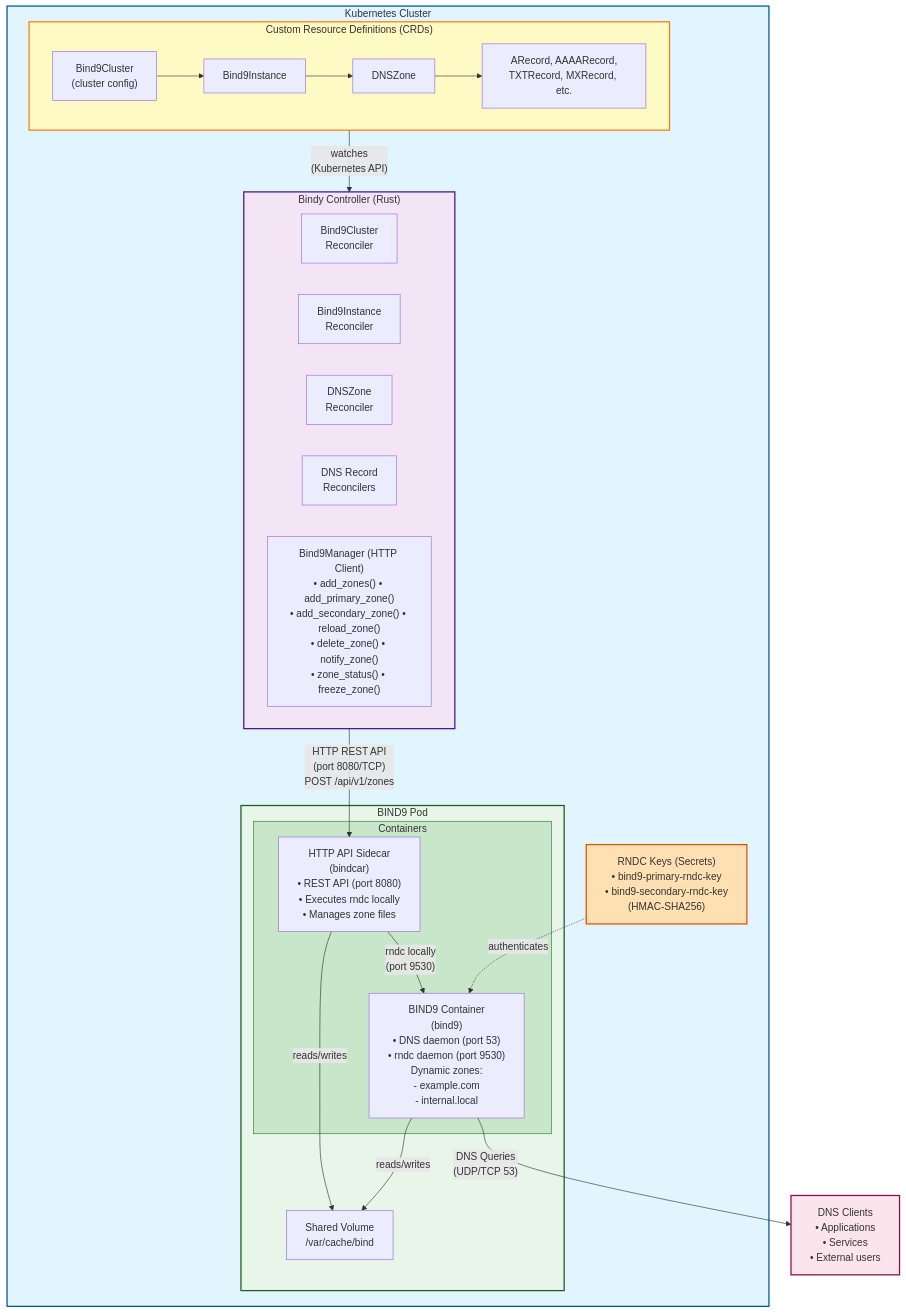
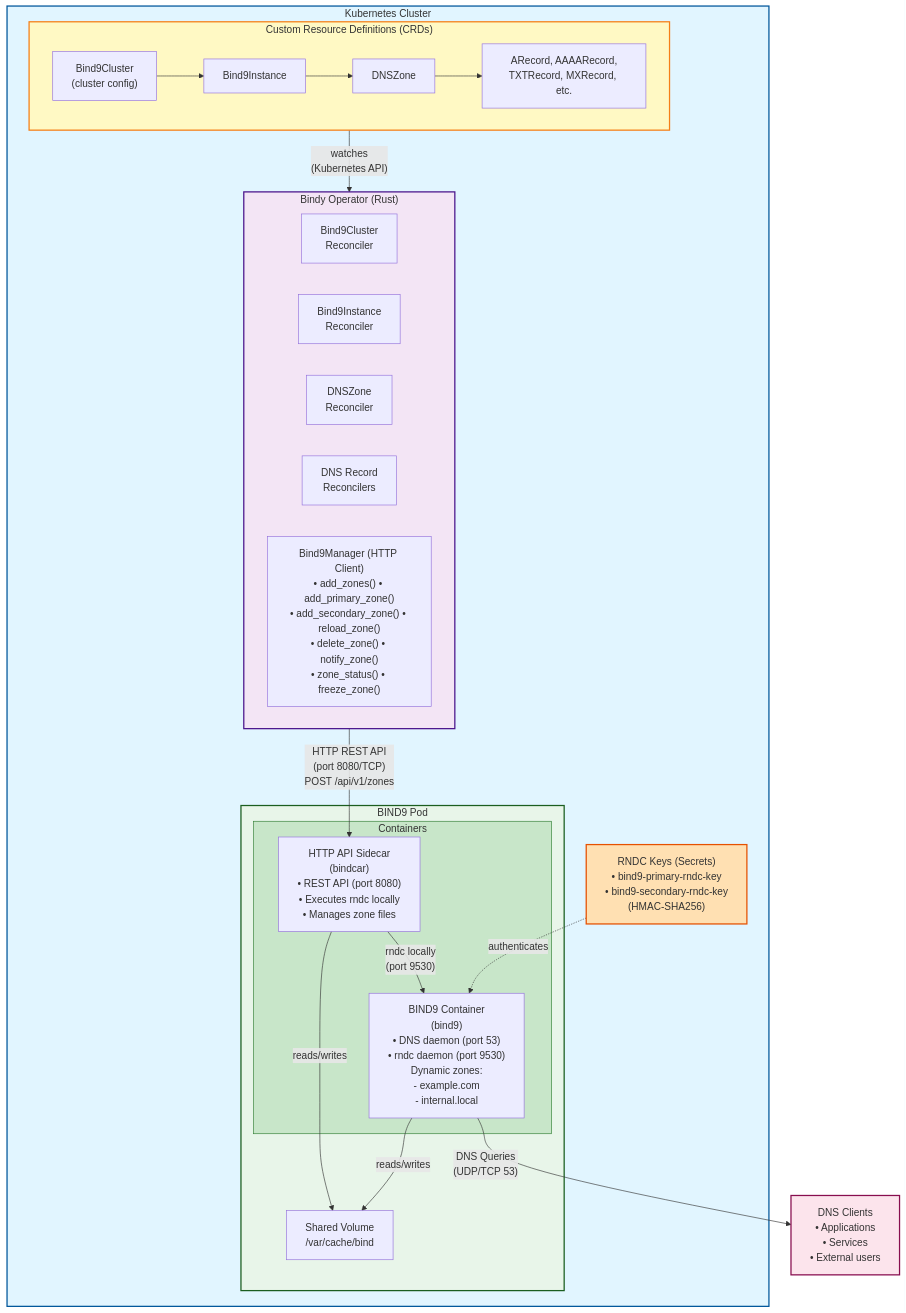
Before and after one commit to firestoned/bindy: the diagram in docs/src/concepts/architecture-http-api.md, drawn with Mermaid. The commit also changed other lines of this file and 150 other files, not shown here.

Commit message:
Change the occurences from controller to operator (#83)

````diff
--- a/docs/src/concepts/architecture-http-api.md
+++ b/docs/src/concepts/architecture-http-api.md
@@ -7,51 +7,51 @@
 ```mermaid
 graph TB
     subgraph k8s["Kubernetes Cluster"]
         subgraph crds["Custom Resource Definitions (CRDs)"]
             cluster["Bind9Cluster<br/>(cluster config)"]
             instance["Bind9Instance"]
             zone["DNSZone"]
             records["ARecord, AAAARecord,<br/>TXTRecord, MXRecord, etc."]
 
             cluster --> instance
             instance --> zone
             zone --> records
         end
 
-        subgraph controller["Bindy Controller (Rust)"]
+        subgraph operator["Bindy Operator (Rust)"]
             rec1["Bind9Cluster<br/>Reconciler"]
             rec2["Bind9Instance<br/>Reconciler"]
             rec3["DNSZone<br/>Reconciler"]
             rec4["DNS Record<br/>Reconcilers"]
             manager["Bind9Manager (HTTP Client)<br/>• add_zones() • add_primary_zone()<br/>• add_secondary_zone() • reload_zone()<br/>• delete_zone() • notify_zone()<br/>• zone_status() • freeze_zone()"]
         end
 
         subgraph bind9pod["BIND9 Pod"]
             subgraph containers["Containers"]
                 bind9["BIND9 Container<br/>(bind9)<br/>• DNS daemon (port 53)<br/>• rndc daemon (port 9530)<br/>Dynamic zones:<br/>- example.com<br/>- internal.local"]
                 api["HTTP API Sidecar<br/>(bindcar)<br/>• REST API (port 8080)<br/>• Executes rndc locally<br/>• Manages zone files"]
             end
             vol["Shared Volume<br/>/var/cache/bind"]
         end
 
         secrets["RNDC Keys (Secrets)<br/>• bind9-primary-rndc-key<br/>• bind9-secondary-rndc-key<br/>(HMAC-SHA256)"]
     end
 
     clients["DNS Clients<br/>• Applications<br/>• Services<br/>• External users"]
 
-    crds -->|"watches<br/>(Kubernetes API)"| controller
-    controller -->|"HTTP REST API<br/>(port 8080/TCP)<br/>POST /api/v1/zones"| api
+    crds -->|"watches<br/>(Kubernetes API)"| operator
+    operator -->|"HTTP REST API<br/>(port 8080/TCP)<br/>POST /api/v1/zones"| api
     api -->|"rndc locally<br/>(port 9530)"| bind9
     api -->|"reads/writes"| vol
     bind9 -->|"reads/writes"| vol
     bind9 -->|"DNS Queries<br/>(UDP/TCP 53)"| clients
     secrets -.->|"authenticates"| bind9
 
     style k8s fill:#e1f5ff,stroke:#01579b,stroke-width:2px
     style crds fill:#fff9c4,stroke:#f57f17,stroke-width:2px
-    style controller fill:#f3e5f5,stroke:#4a148c,stroke-width:2px
+    style operator fill:#f3e5f5,stroke:#4a148c,stroke-width:2px
     style bind9pod fill:#e8f5e9,stroke:#1b5e20,stroke-width:2px
     style containers fill:#c8e6c9,stroke:#2e7d32,stroke-width:1px
     style secrets fill:#ffe0b2,stroke:#e65100,stroke-width:2px
     style clients fill:#fce4ec,stroke:#880e4f,stroke-width:2px
 ```
````
